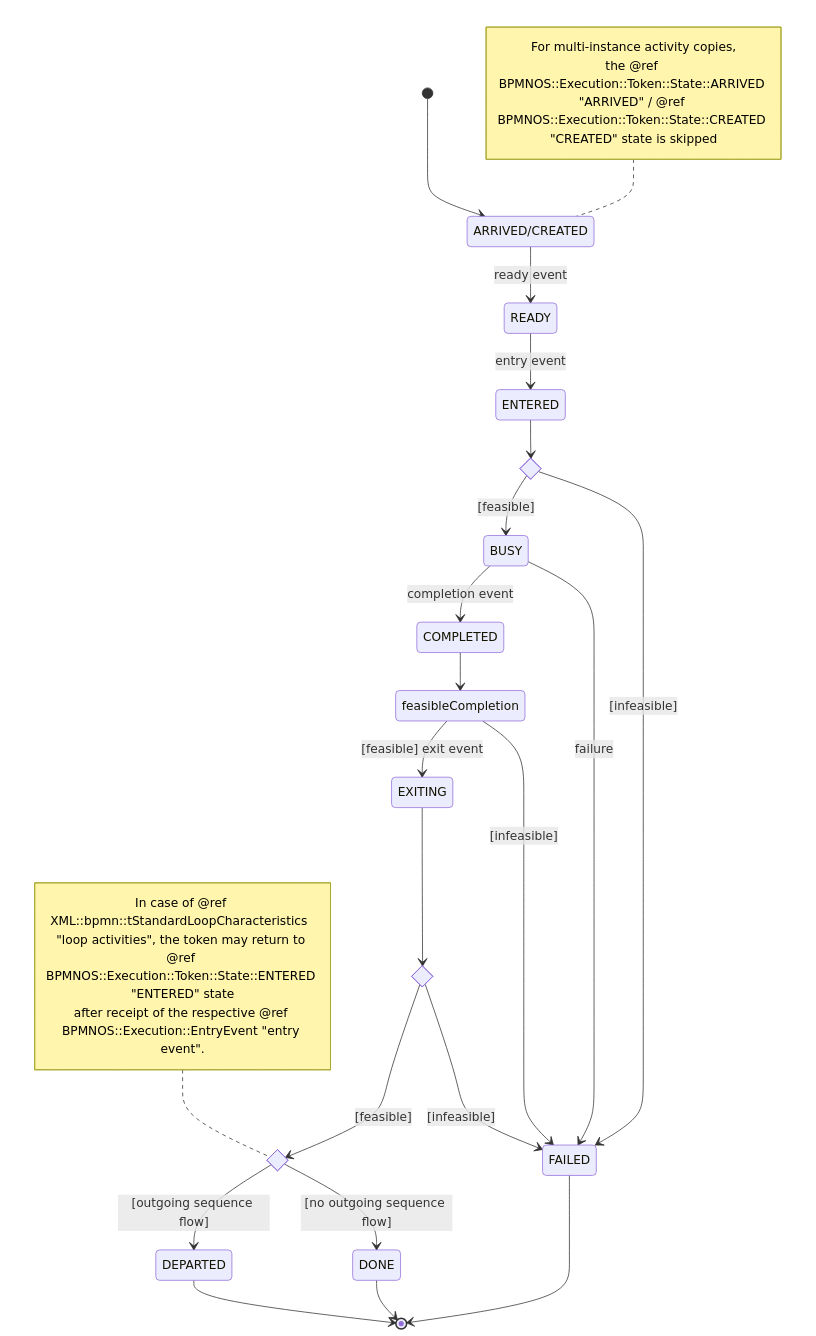
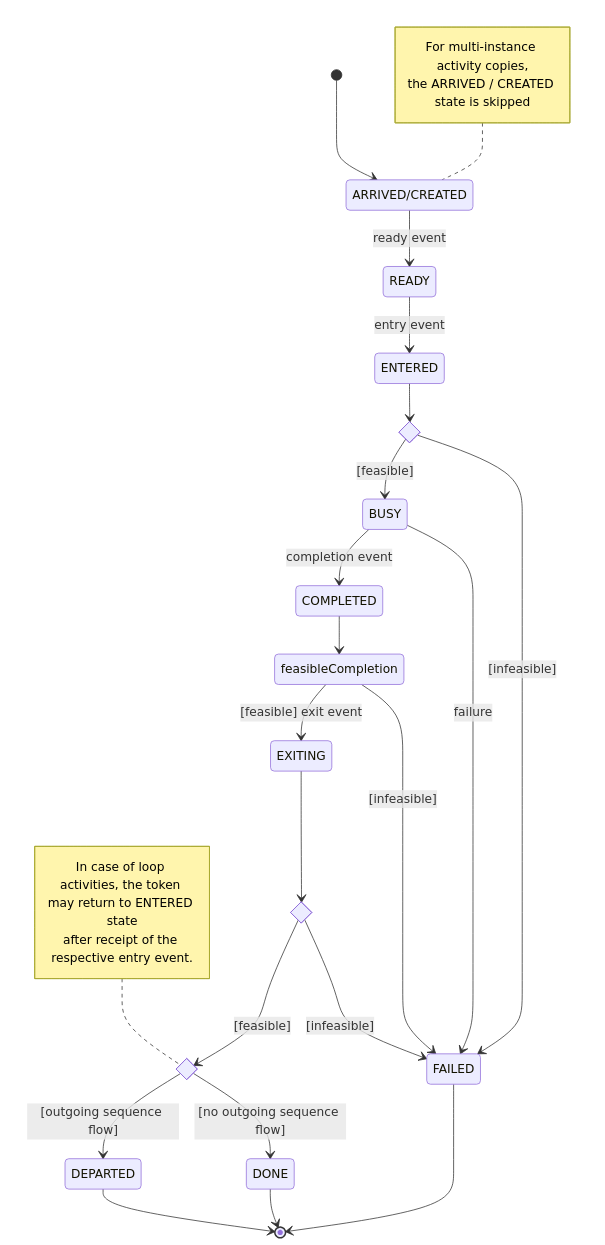
Before and after one commit to bpmn-os/bpmnos-engine: the diagram in docs/md/logic/token_flow_logic_tasks.md, drawn with Mermaid. The commit also changed other lines of this file and 13 other files, not shown here.

```diff
--- a/docs/md/logic/token_flow_logic_tasks.md
+++ b/docs/md/logic/token_flow_logic_tasks.md
@@ -13,33 +14,33 @@
 <pre class="mermaid">
 stateDiagram-v2
     state feasibleEntry <<choice>>
     state feasibleExit <<choice>>
     state departure <<choice>>
     [*] --> ARRIVED/CREATED
     note left of ARRIVED/CREATED
       For multi-instance activity copies,
-      the @ref BPMNOS::Execution::Token::State::ARRIVED "ARRIVED" / @ref BPMNOS::Execution::Token::State::CREATED "CREATED" state is skipped
+      the ARRIVED / CREATED state is skipped
     end note
     ARRIVED/CREATED --> READY: ready event
     READY --> ENTERED: entry event
     ENTERED --> feasibleEntry
     feasibleEntry --> BUSY: [feasible]
     feasibleEntry --> FAILED: [infeasible]
     BUSY --> COMPLETED: completion event
     BUSY --> FAILED: failure
     COMPLETED --> feasibleCompletion
     feasibleCompletion --> EXITING: [feasible] exit event
     feasibleCompletion --> FAILED: [infeasible]
     EXITING --> feasibleExit
     feasibleExit --> departure: [feasible]
     note left of departure
-      In case of @ref XML::bpmn::tStandardLoopCharacteristics  "loop activities", the token may return to @ref BPMNOS::Execution::Token::State::ENTERED "ENTERED" state
-      after receipt of the respective @ref BPMNOS::Execution::EntryEvent "entry event".
+      In case of loop activities, the token may return to ENTERED state
+      after receipt of the respective entry event.
     end note
     feasibleExit --> FAILED: [infeasible]
     departure --> DEPARTED: [outgoing sequence flow]
     departure --> DONE: [no outgoing sequence flow]
     DEPARTED --> [*]
     DONE --> [*]
     FAILED --> [*]
 </pre>
```
